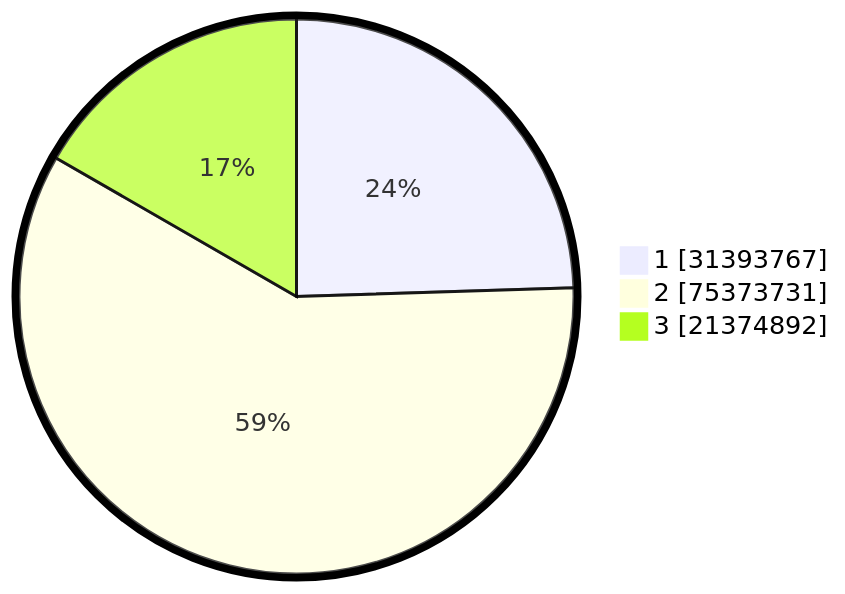
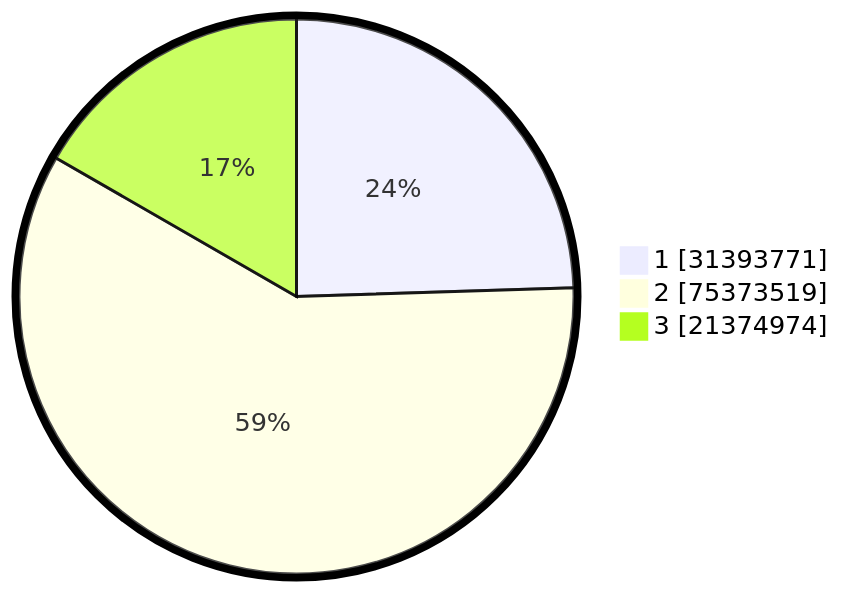
One commit to gigit-pemilu/pemilu-2024 changed the second of 2 diagrams in pilpres/hitung-suara/README.md. Above: the diagram before and after it, drawn with Mermaid. The commit also changed other lines of this file and 8 other files, not shown here.

````diff
--- a/pilpres/hitung-suara/README.md
+++ b/pilpres/hitung-suara/README.md
@@ -93,7 +93,7 @@
 ```mermaid
 %%{init: {"pie": {"textPosition": 0.5}, "themeVariables": {"pieOuterStrokeWidth": "5px"}} }%%
 pie showData
-    "1" : 31393767
-    "2" : 75373731
-    "3" : 21374892
+    "1" : 31393771
+    "2" : 75373519
+    "3" : 21374974
 ```
````
